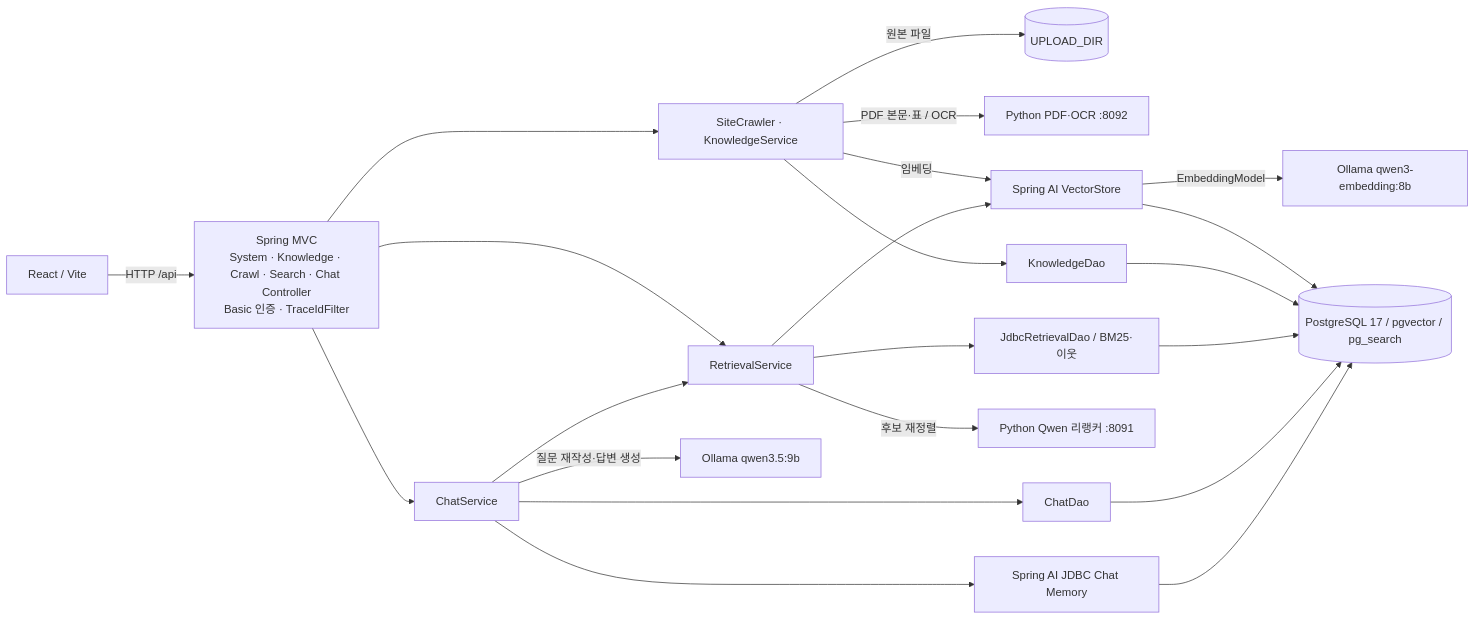
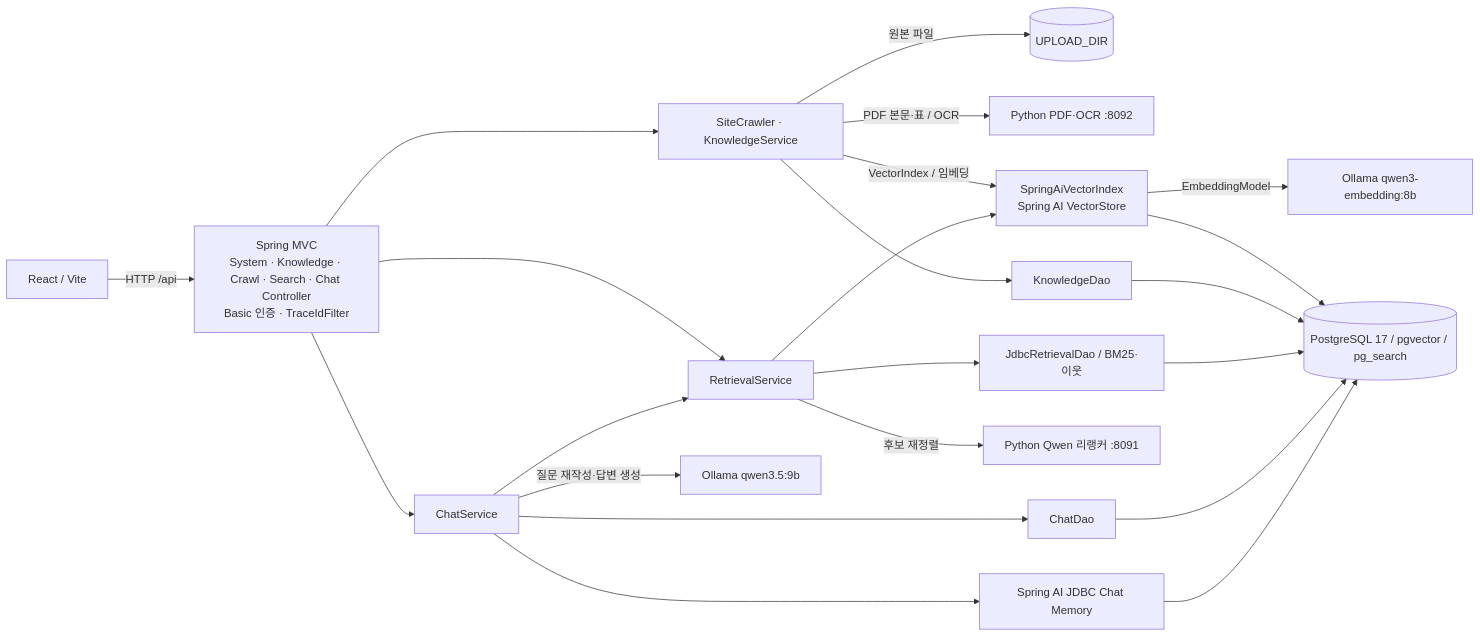
Before and after one commit to xxriny/spring-ai: the diagram in docs/Architecture.md, drawn with Mermaid. The commit also changed other lines of this file and 135 other files, not shown here.

````diff
--- a/docs/Architecture.md
+++ b/docs/Architecture.md
@@ -16,24 +16,24 @@
 ```mermaid
 flowchart LR
     UI["React / Vite"] -->|"HTTP /api"| API["Spring MVC<br/>System · Knowledge · Crawl · Search · Chat Controller<br/>Basic 인증 · TraceIdFilter"]
     API --> K["SiteCrawler · KnowledgeService"]
     API --> R["RetrievalService"]
     API --> C["ChatService"]
     C --> R
     K -->|"원본 파일"| FS[(UPLOAD_DIR)]
     K -->|"PDF 본문·표 / OCR"| PDF["Python PDF·OCR :8092"]
-    K -->|"임베딩"| VS["Spring AI VectorStore"]
+    K -->|"VectorIndex / 임베딩"| VS["SpringAiVectorIndex<br/>Spring AI VectorStore"]
     VS -->|"EmbeddingModel"| OL["Ollama qwen3-embedding:8b"]
     K --> KD["KnowledgeDao"]
     R --> VS
     R --> RD["JdbcRetrievalDao / BM25·이웃"]
     R -->|"후보 재정렬"| Q["Python Qwen 리랭커 :8091"]
     C --> CD["ChatDao"]
     C --> CM["Spring AI JDBC Chat Memory"]
     C -->|"질문 재작성·답변 생성"| CHAT["Ollama qwen3.5:9b"]
     VS --> DB[(PostgreSQL 17 / pgvector / pg_search)]
     KD --> DB
     RD --> DB
     CD --> DB
     CM --> DB
 ```
````
